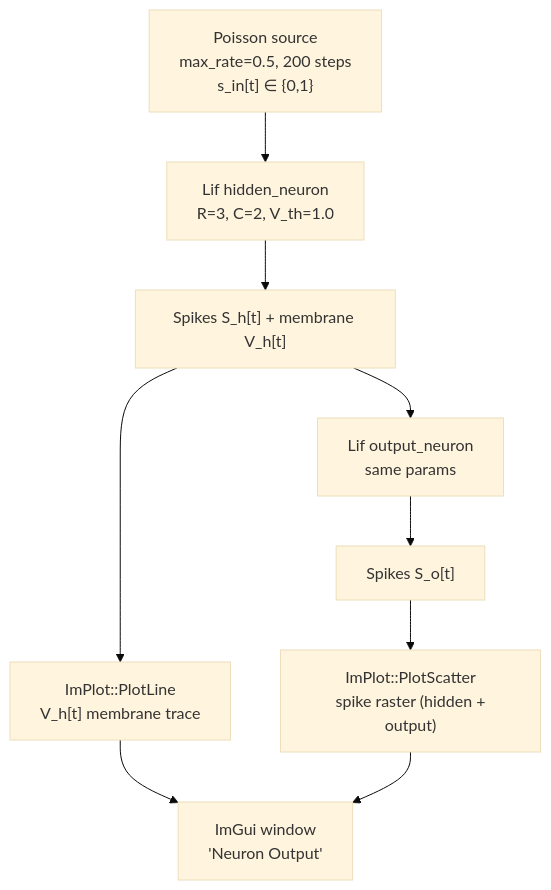
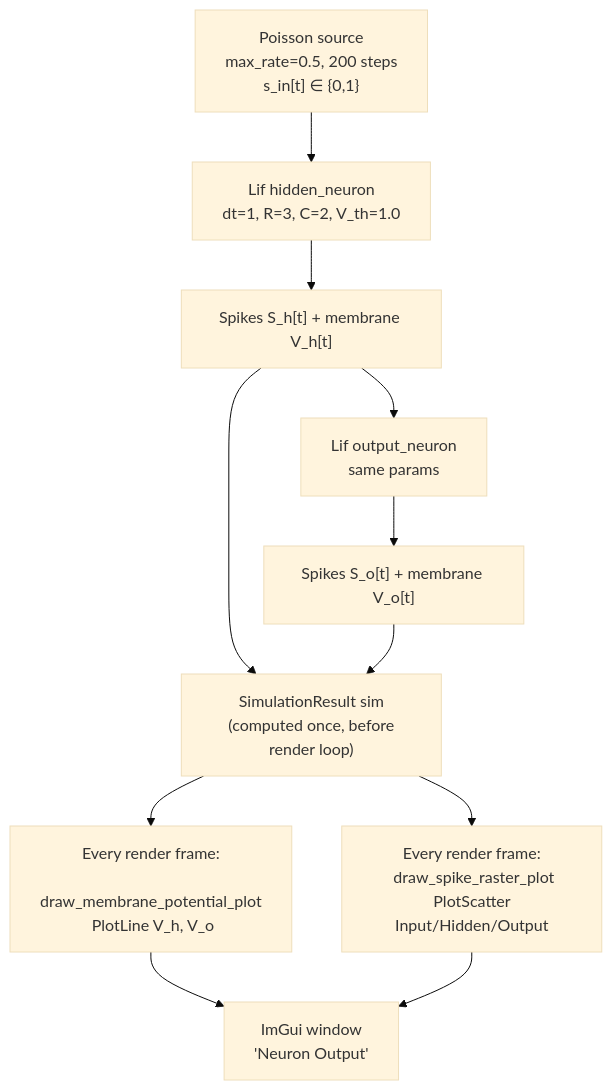
One commit to ensismoebius/doutorado changed the diagram in software/nn/.wiki/Demos/snn-spike-plotter.md. Above: the diagram before and after it, drawn with Mermaid (base theme). The commit also changed other lines of this file and 34 other files, not shown here.

````diff
--- a/software/nn/.wiki/Demos/snn-spike-plotter.md
+++ b/software/nn/.wiki/Demos/snn-spike-plotter.md
@@ -44,11 +46,13 @@
 ```mermaid
 flowchart TD
-    A["Poisson source\n max_rate=0.5, 200 steps\n s_in[t] ∈ {0,1}"] --> B["Lif hidden_neuron\n R=3, C=2, V_th=1.0"]
+    A["Poisson source\n max_rate=0.5, 200 steps\n s_in[t] ∈ {0,1}"] --> B["Lif hidden_neuron\n dt=1, R=3, C=2, V_th=1.0"]
     B --> C["Spikes S_h[t] + membrane V_h[t]"]
     C --> D["Lif output_neuron\n same params"]
-    D --> E["Spikes S_o[t]"]
-    C --> F["ImPlot::PlotLine\n V_h[t] membrane trace"]
-    E --> G["ImPlot::PlotScatter\n spike raster (hidden + output)"]
+    D --> E["Spikes S_o[t] + membrane V_o[t]"]
+    C --> S["SimulationResult sim\n (computed once, before render loop)"]
+    E --> S
+    S --> F["Every render frame:\n draw_membrane_potential_plot\n PlotLine V_h, V_o"]
+    S --> G["Every render frame:\n draw_spike_raster_plot\n PlotScatter Input/Hidden/Output"]
     F --> H["ImGui window\n 'Neuron Output'"]
     G --> H
 ```
````
